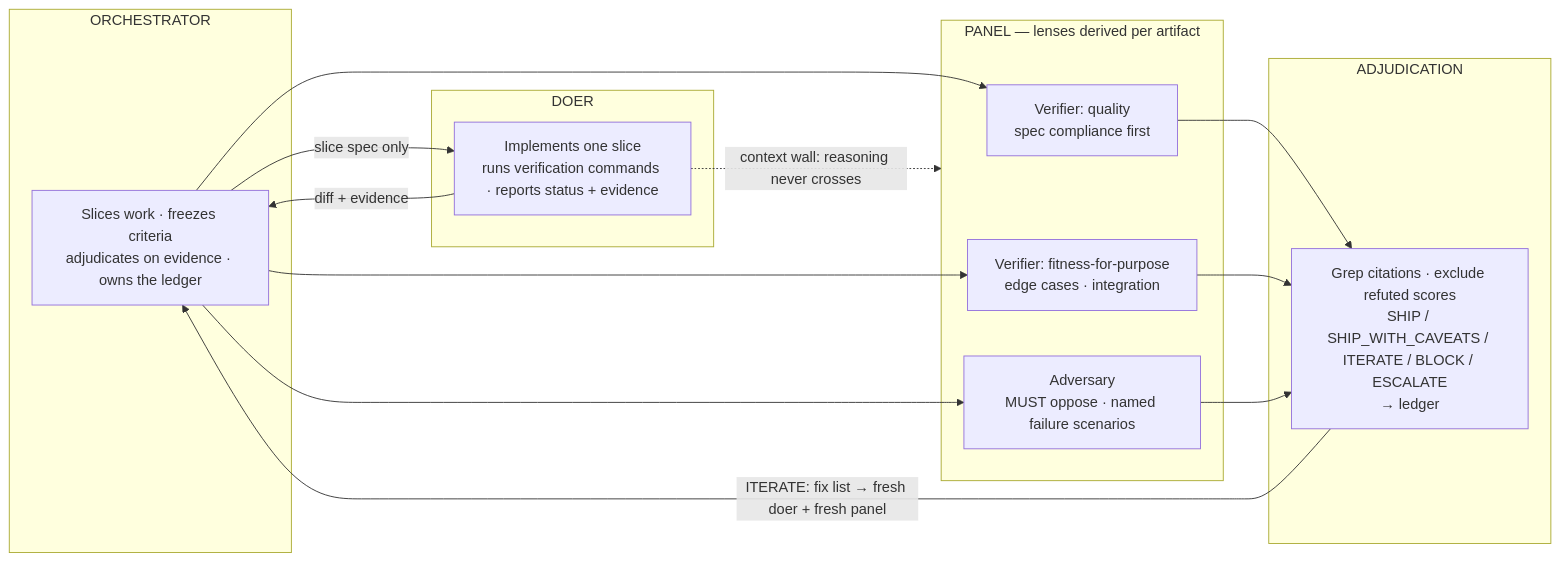
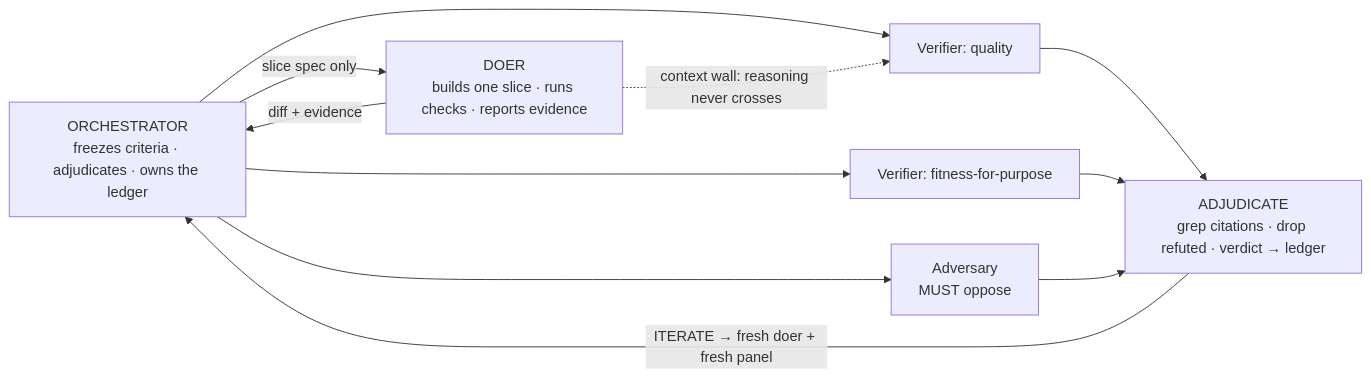
One commit to a-tokyo/agent-skills changed the diagram in skills/tribunal/README.md. Above: the diagram before and after it, drawn with Mermaid. The commit also changed other lines of this file, not shown here.

Commit message:
:memo: docs(tribunal): tighten README — benchmark-forward, drop internal process exposure

````diff
--- a/skills/tribunal/README.md
+++ b/skills/tribunal/README.md
@@ -20,31 +18,18 @@
 ```mermaid
 flowchart LR
-  subgraph orch [ORCHESTRATOR]
-    O["Slices work · freezes criteria<br/>adjudicates on evidence · owns the ledger"]
-  end
+  O["ORCHESTRATOR<br/>freezes criteria · adjudicates · owns the ledger"]
+  D["DOER<br/>builds one slice · runs checks · reports evidence"]
+  A["Verifier: quality"]
+  B["Verifier: fitness-for-purpose"]
+  DA["Adversary<br/>MUST oppose"]
+  V["ADJUDICATE<br/>grep citations · drop refuted · verdict → ledger"]
 
-  subgraph doer [DOER]
-    D["Implements one slice<br/>runs verification commands · reports status + evidence"]
-  end
-
-  subgraph panel [PANEL — lenses derived per artifact]
-    A["Verifier: quality<br/>spec compliance first"]
-    B["Verifier: fitness-for-purpose<br/>edge cases · integration"]
-    DA["Adversary<br/>MUST oppose · named failure scenarios"]
-  end
-
-  subgraph out [ADJUDICATION]
-    V["Grep citations · exclude refuted scores<br/>SHIP / SHIP_WITH_CAVEATS / ITERATE / BLOCK / ESCALATE<br/>→ ledger"]
-  end
-
-  O -->|"slice spec only"| D
-  D -->|"diff + evidence"| O
-  O --> A
-  O --> B
-  O --> DA
-  D -.->|"context wall: reasoning never crosses"| panel
+  O -->|slice spec only| D
+  D -->|diff + evidence| O
+  O --> A & B & DA
+  D -.->|context wall: reasoning never crosses| A
   A --> V
   B --> V
   DA --> V
-  V -->|"ITERATE: fix list → fresh doer + fresh panel"| O
+  V -->|ITERATE → fresh doer + fresh panel| O
 ```
````
